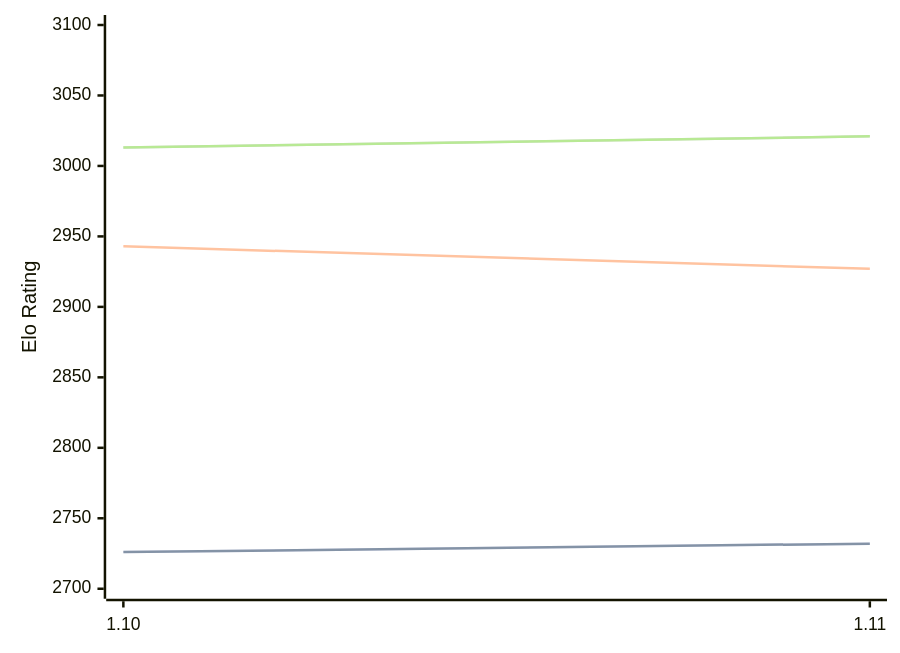
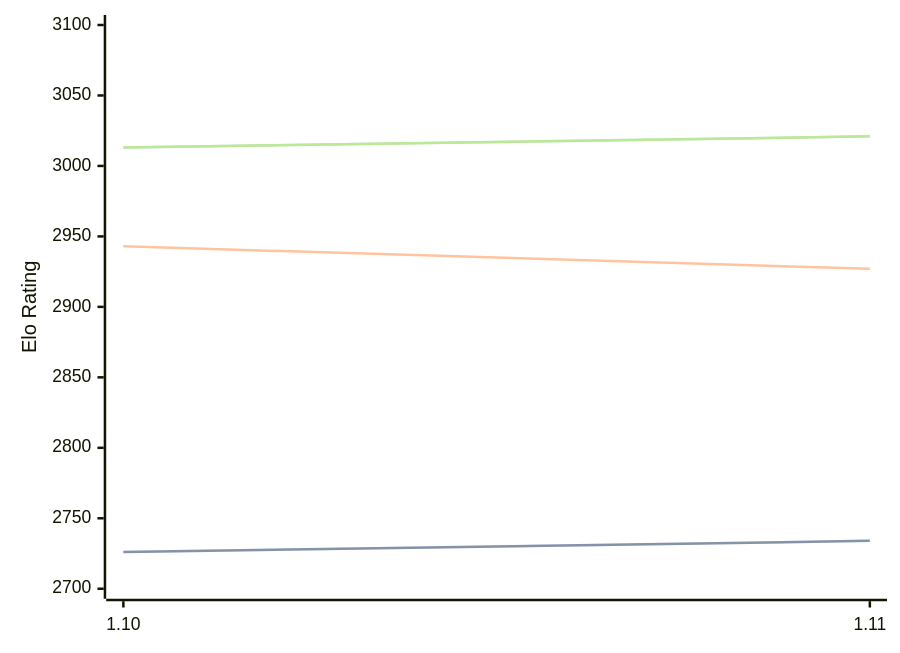
Before and after one commit to computer-chess-index/cci: the first of 3 diagrams in engines/Roc.md, drawn with Mermaid. The commit also changed other lines of this file, not shown here.

````diff
--- a/engines/Roc.md
+++ b/engines/Roc.md
@@ -65,11 +65,11 @@
 ```mermaid
 %%{init: {"theme":"base","themeVariables":{"seriesColors:['#a3a3a3','#222221','#faa371']}}}%%
 xychart-beta
   x-axis ["1.10", "1.11"]
   y-axis "Elo Rating" 2700 --> 3100
-  line "STC (8.0+0.08s)" [2726, 2732]
-  line "STC (8.0+0.08s)" [2726, 2732]
+  line "STC (8.0+0.08s)" [2726, 2734]
+  line "STC (8.0+0.08s)" [2726, 2734]
   line "LTC (60.0+0.60s)" [2943, 2927]
   line "VLTC (2m24s+1.12s)" [3013, 3021]
   line "VLTC (2m24s+1.12s)" [3013, 3021]
 ```
````
